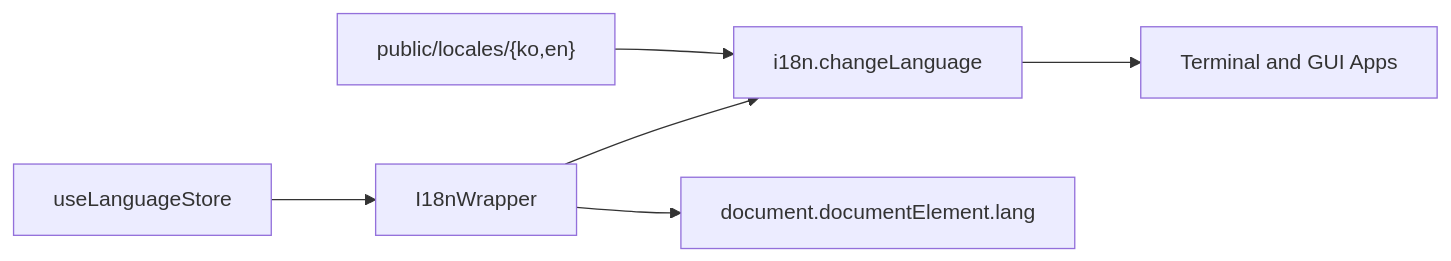
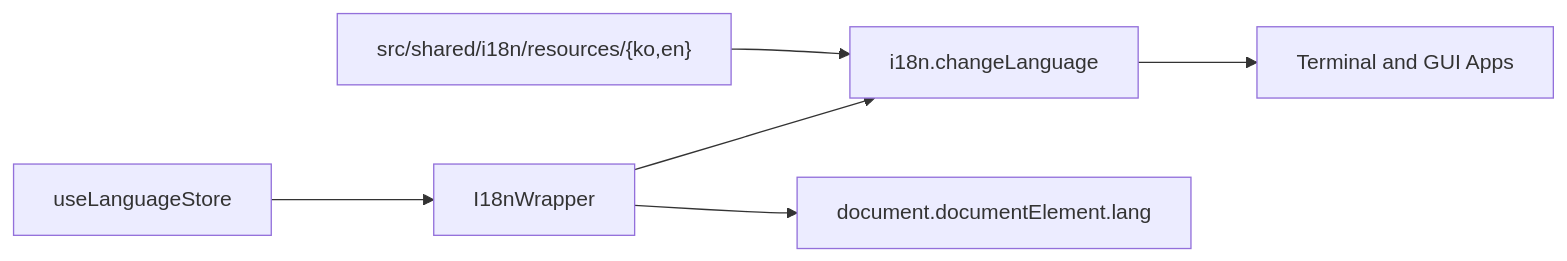
Before and after one commit to noonnofus/Portfolio-terminal-OS: the second of 4 diagrams in docs/ARCHITECTURE.md, drawn with Mermaid. The commit also changed other lines of this file and 239 other files, not shown here.

````diff
--- a/docs/ARCHITECTURE.md
+++ b/docs/ARCHITECTURE.md
@@ -46,8 +46,8 @@
 ```mermaid
 flowchart LR
     LanguageStore["useLanguageStore"] --> I18nWrapper
     I18nWrapper --> I18next["i18n.changeLanguage"]
     I18nWrapper --> HtmlLang["document.documentElement.lang"]
-    LocaleJSON["public/locales/{ko,en}"] --> I18next
+    LocaleJSON["src/shared/i18n/resources/{ko,en}"] --> I18next
     I18next --> Apps["Terminal and GUI Apps"]
 ```
````
